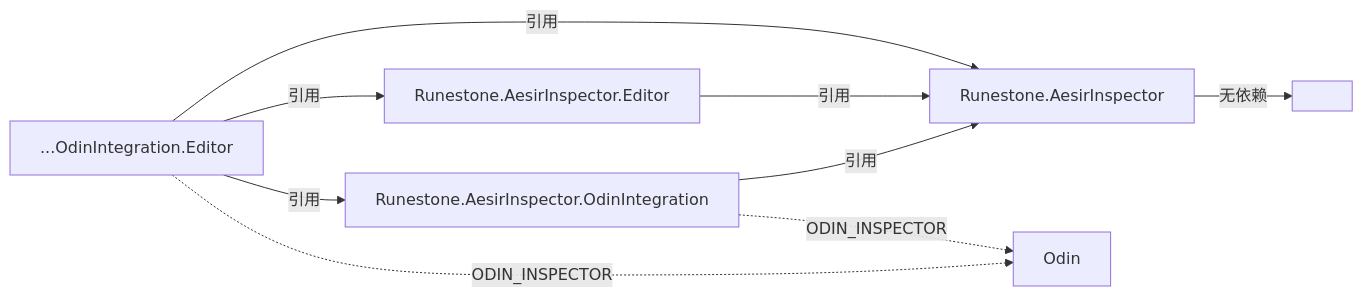
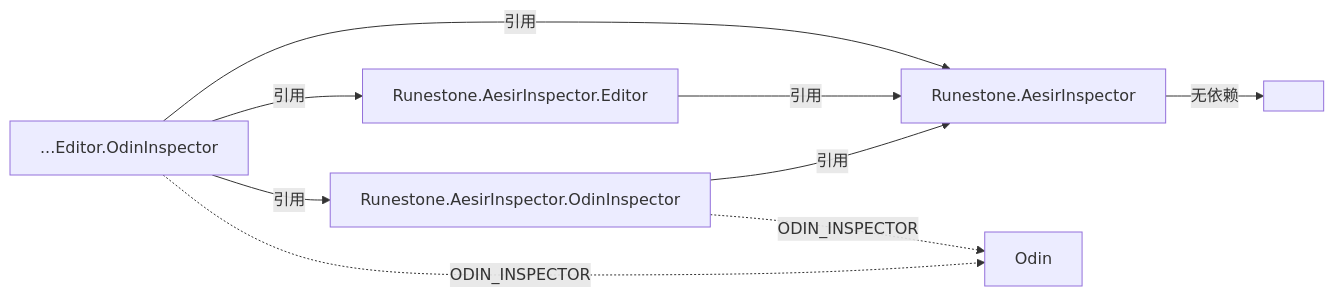
One commit to yuumixcode/AesirFramework changed the second of 4 diagrams in Assets/Runestone/AesirInspector/Documentation~/development.md. Above: the diagram before and after it, drawn with Mermaid. The commit also changed 801 other files, not shown here.

First line of the commit message:
AesirInspector：Odin 程序集重命名 OdinIntegration → OdinInspector

````diff
--- a/Assets/Runestone/AesirInspector/Documentation~/development.md
+++ b/Assets/Runestone/AesirInspector/Documentation~/development.md
@@ -23,11 +23,11 @@
 ```mermaid
 graph LR
     RT[Runestone.AesirInspector] -->|"无依赖"| None[ ]
     ED[Runestone.AesirInspector.Editor] -->|引用| RT
-    OW[Runestone.AesirInspector.OdinIntegration] -->|引用| RT
-    OWE[...OdinIntegration.Editor] -->|引用| RT
+    OW[Runestone.AesirInspector.OdinInspector] -->|引用| RT
+    OWE[...Editor.OdinInspector] -->|引用| RT
     OWE -->|引用| ED
     OWE -->|引用| OW
     OW -.->|ODIN_INSPECTOR| Odin
     OWE -.->|ODIN_INSPECTOR| Odin
 ```
````
